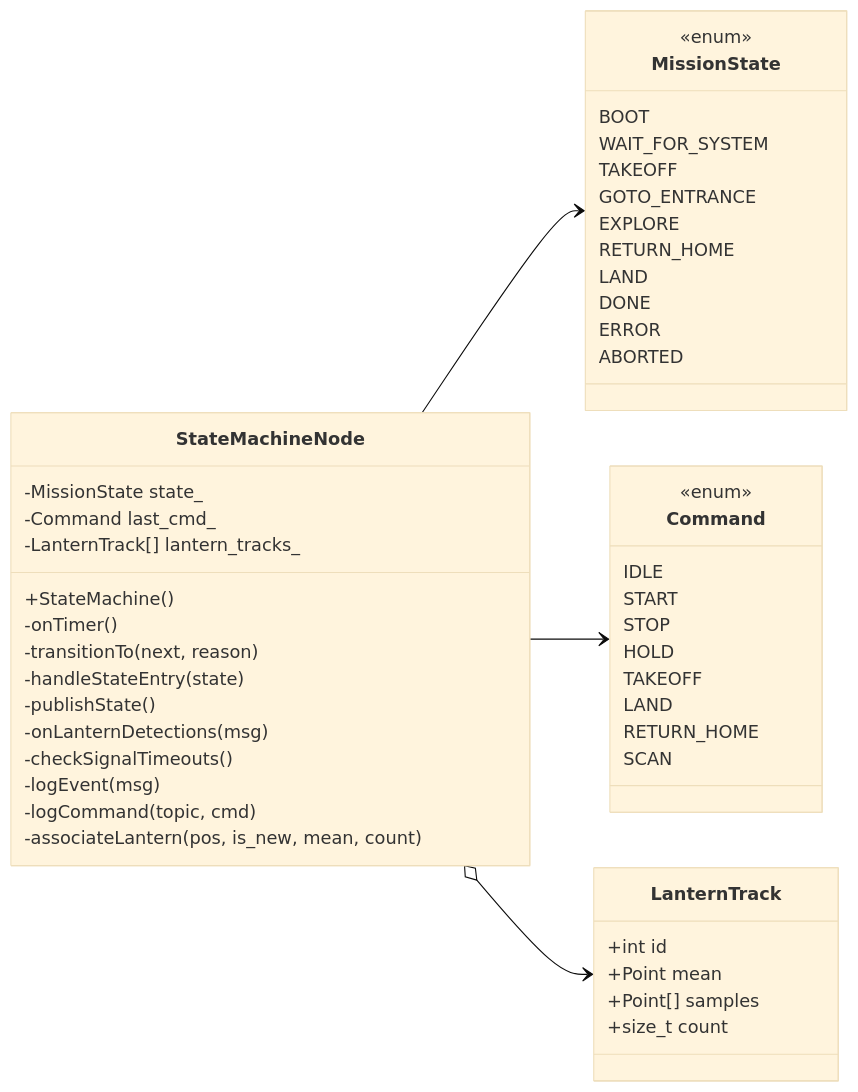
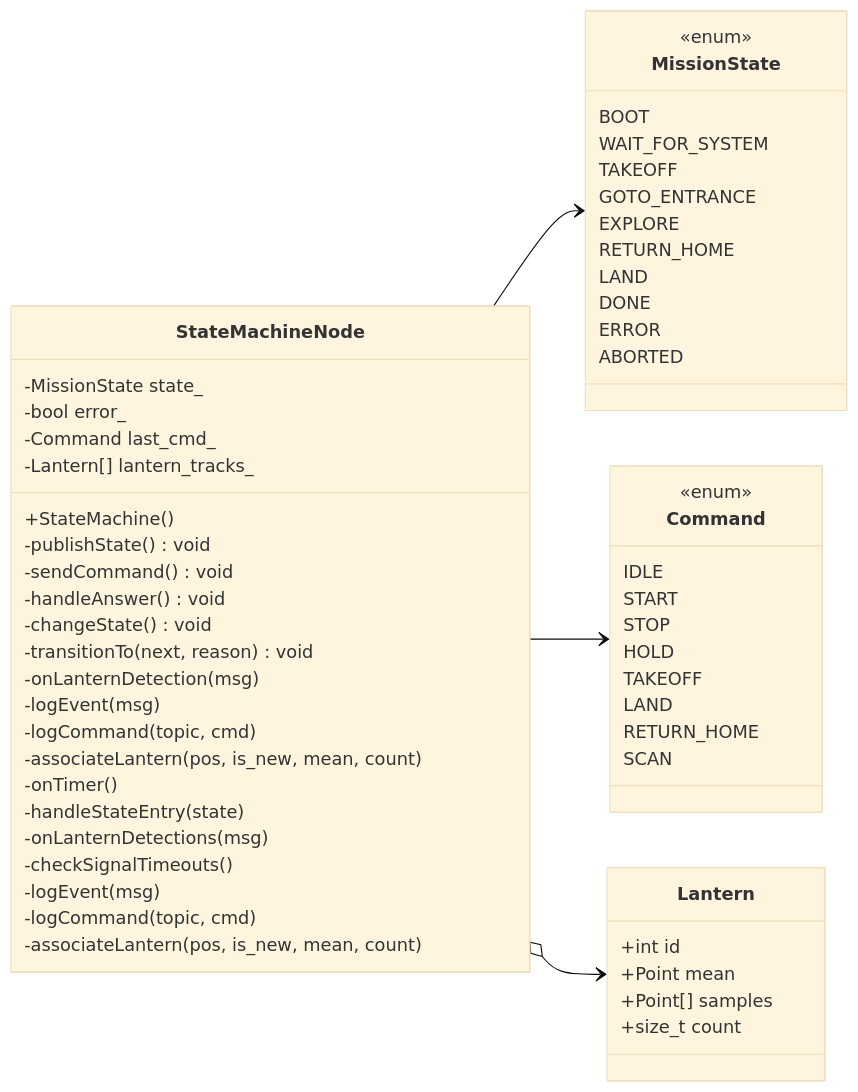
Before and after one commit to lkitzbichler/Autonomous-Systems-Sub-Terrain-Challenge-GR04: the second of 2 diagrams in ros2_ws/src/statemachine_pkg/STATEMACHINE_DESIGN.md, drawn with Mermaid (base theme). The commit also changed other lines of this file and 5 other files, not shown here.

````diff
--- a/ros2_ws/src/statemachine_pkg/STATEMACHINE_DESIGN.md
+++ b/ros2_ws/src/statemachine_pkg/STATEMACHINE_DESIGN.md
@@ -261,57 +261,73 @@
 ```mermaid
 classDiagram
   direction LR
 
   class StateMachineNode {
     +StateMachine()
-    -onTimer()
-    -transitionTo(next, reason)
-    -handleStateEntry(state)
-    -publishState()
-    -onLanternDetections(msg)
-    -checkSignalTimeouts()
+    -publishState() void
+    -sendCommand() void
+    -handleAnswer() void 
+    -changeState() void
+    -transitionTo(next, reason) void
+
+    -onLanternDetection(msg)
+
     -logEvent(msg)
     -logCommand(topic, cmd)
     -associateLantern(pos, is_new, mean, count)
+
+    -onTimer()
+    -handleStateEntry(state)
+    
+    -onLanternDetections(msg)
+    -checkSignalTimeouts()
+    
+    -logEvent(msg)
+    -logCommand(topic, cmd)
+    
+    -associateLantern(pos, is_new, mean, count)
+
+
     -MissionState state_
+    -bool error_
     -Command last_cmd_
-    -LanternTrack[] lantern_tracks_
+    -Lantern[] lantern_tracks_
   }
 
-  class LanternTrack {
+  class Lantern {
     +int id
     +Point mean
     +Point[] samples
     +size_t count
   }
 
   class MissionState {
     <<enum>>
     BOOT
     WAIT_FOR_SYSTEM
     TAKEOFF
     GOTO_ENTRANCE
     EXPLORE
     RETURN_HOME
     LAND
     DONE
     ERROR
     ABORTED
   }
 
   class Command {
     <<enum>>
     IDLE
     START
     STOP
     HOLD
     TAKEOFF
     LAND
     RETURN_HOME
     SCAN
   }
 
   StateMachineNode --> MissionState
   StateMachineNode --> Command
-  StateMachineNode o--> LanternTrack
+  StateMachineNode o--> Lantern
 ```
````
